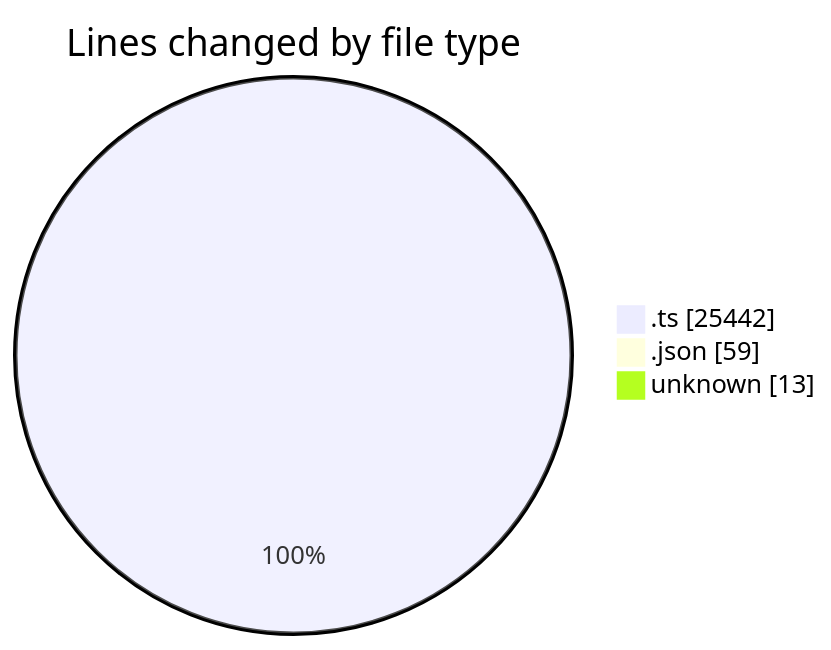
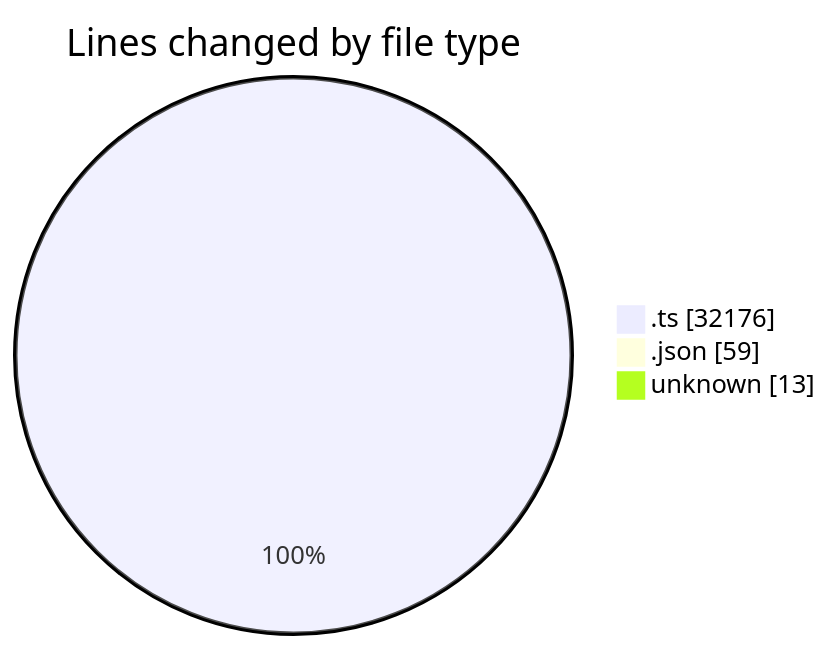
The first of 2 diagrams in 2025-09-09/cda/README.md (momahboobian/code-tracking), drawn with Mermaid before and after one commit. The commit also changed other lines of this file and 1 other file, not shown here.

````diff
--- a/2025-09-09/cda/README.md
+++ b/2025-09-09/cda/README.md
@@ -94,7 +102,7 @@
 ```mermaid
 pie showData
 title Lines changed by file type
-".ts" : 25442
+".ts" : 32176
 ".json" : 59
 "unknown" : 13
 ```
````
